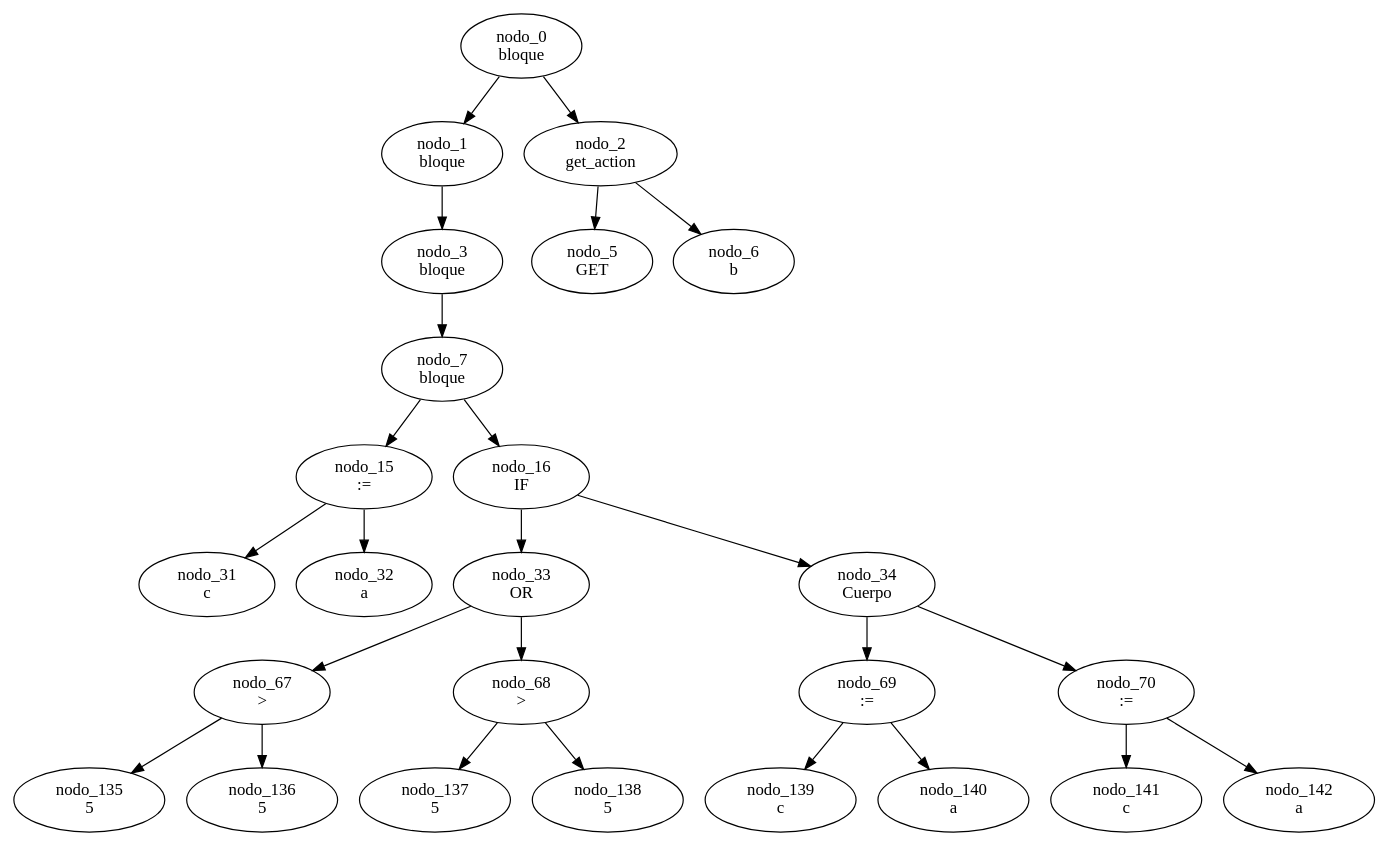
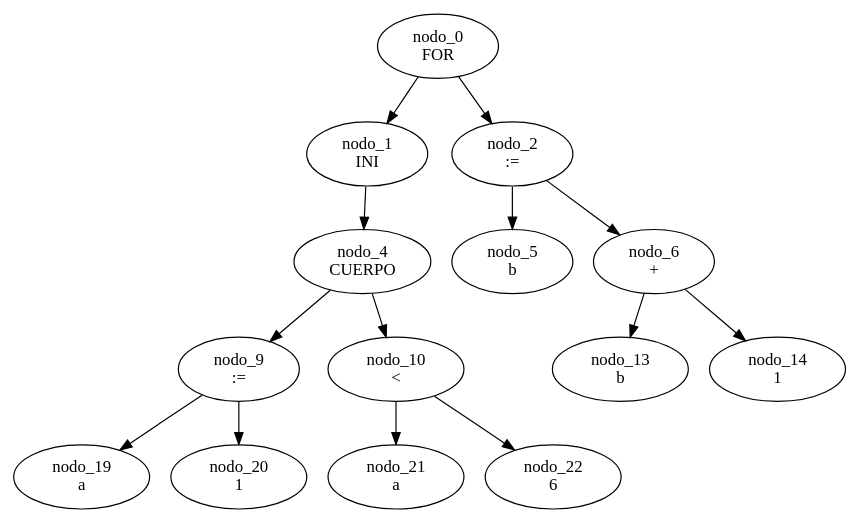
The diagram in Codigo/gragh.dot (FacuBouza/TP_LyC_Grupo07), drawn with Graphviz before and after one commit. The commit also changed 9 other files, not shown here.

```diff
--- a/Codigo/gragh.dot
+++ b/Codigo/gragh.dot
@@ -1,26 +1,15 @@
 digraph G {
-	"nodo_0 \nbloque" -> "nodo_1 \nbloque"
-	"nodo_0 \nbloque" -> "nodo_2 \nget_action"
-	"nodo_1 \nbloque" -> "nodo_3 \nbloque"
-	"nodo_3 \nbloque" -> "nodo_7 \nbloque"
-	"nodo_7 \nbloque" -> "nodo_15 \n:="
-	"nodo_7 \nbloque" -> "nodo_16 \nIF"
-	"nodo_15 \n:=" -> "nodo_31 \nc"
-	"nodo_15 \n:=" -> "nodo_32 \na"
-	"nodo_16 \nIF" -> "nodo_33 \nOR"
-	"nodo_16 \nIF" -> "nodo_34 \nCuerpo"
-	"nodo_33 \nOR" -> "nodo_67 \n>"
-	"nodo_33 \nOR" -> "nodo_68 \n>"
-	"nodo_67 \n>" -> "nodo_135 \n5"
-	"nodo_67 \n>" -> "nodo_136 \n5"
-	"nodo_68 \n>" -> "nodo_137 \n5"
-	"nodo_68 \n>" -> "nodo_138 \n5"
-	"nodo_34 \nCuerpo" -> "nodo_69 \n:="
-	"nodo_34 \nCuerpo" -> "nodo_70 \n:="
-	"nodo_69 \n:=" -> "nodo_139 \nc"
-	"nodo_69 \n:=" -> "nodo_140 \na"
-	"nodo_70 \n:=" -> "nodo_141 \nc"
-	"nodo_70 \n:=" -> "nodo_142 \na"
-	"nodo_2 \nget_action" -> "nodo_5 \nGET"
-	"nodo_2 \nget_action" -> "nodo_6 \nb"
+	"nodo_0 \nFOR" -> "nodo_1 \nINI"
+	"nodo_0 \nFOR" -> "nodo_2 \n:="
+	"nodo_1 \nINI" -> "nodo_4 \nCUERPO"
+	"nodo_4 \nCUERPO" -> "nodo_9 \n:="
+	"nodo_4 \nCUERPO" -> "nodo_10 \n<"
+	"nodo_9 \n:=" -> "nodo_19 \na"
+	"nodo_9 \n:=" -> "nodo_20 \n1"
+	"nodo_10 \n<" -> "nodo_21 \na"
+	"nodo_10 \n<" -> "nodo_22 \n6"
+	"nodo_2 \n:=" -> "nodo_5 \nb"
+	"nodo_2 \n:=" -> "nodo_6 \n+"
+	"nodo_6 \n+" -> "nodo_13 \nb"
+	"nodo_6 \n+" -> "nodo_14 \n1"
 }
```
